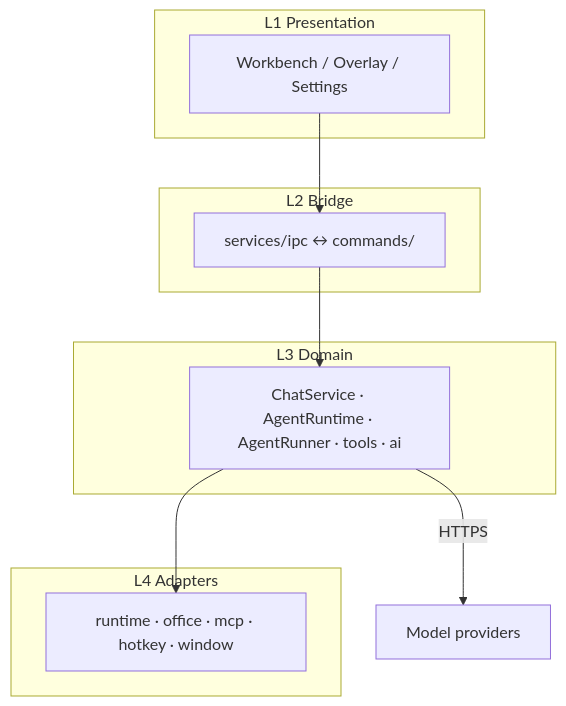
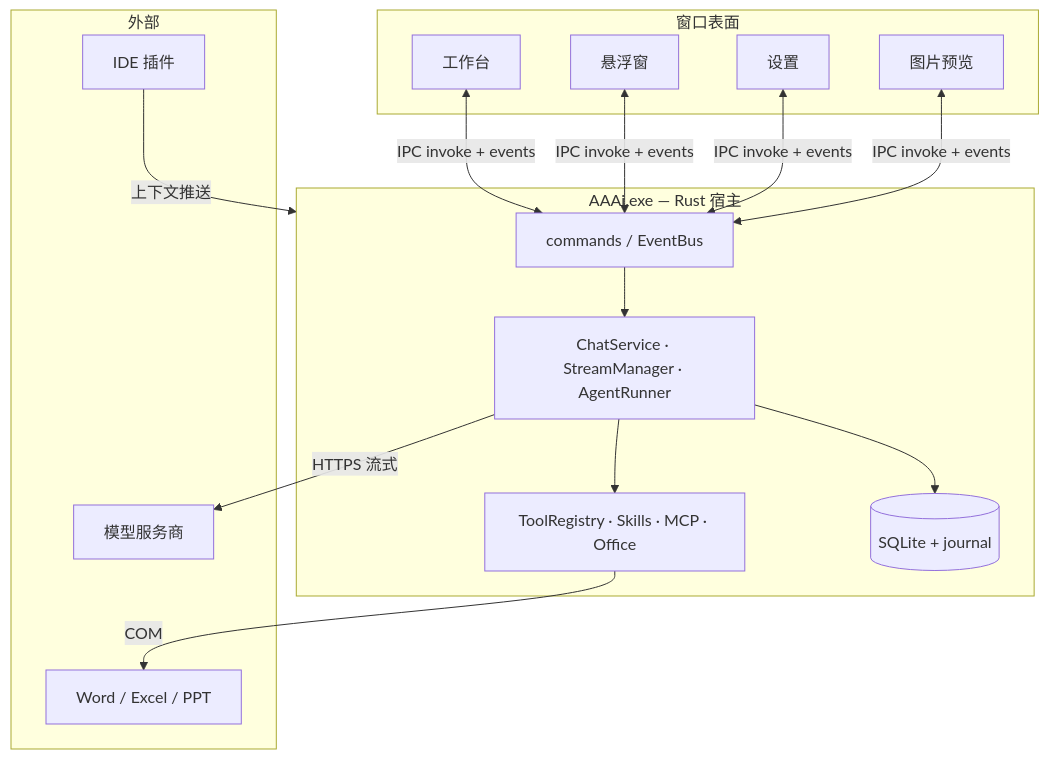
One commit to rururunu/AAAi changed the diagram in README.zh-CN.md. Above: the diagram before and after it, drawn with Mermaid. The commit also changed other lines of this file and 98 other files, not shown here.

Commit message:
feat: 应用内远程更新、工具活动折叠展示与投标/docx 技能扩展 - 集成 Tauri Updater：工作台更新按钮、关于页检测/安装、GitHub Releases 配置 - 新增发版文档与 generate-latest-json / rename-msi 脚本，支持手动与 CI 发布 - 工具活动 UI：单行无展开按钮，多步折叠为摘要列表 - 扩展 bid_tech、vendor docx/pandoc 技能与 Word Office 工具 - 新增架构文档、更新 README 与产品截图

````diff
--- a/README.zh-CN.md
+++ b/README.zh-CN.md
@@ -149,17 +182,30 @@
 ```mermaid
 flowchart TB
-  subgraph L1["L1 Presentation"]
-    UI["Workbench / Overlay / Settings"]
+  subgraph Surfaces["窗口表面"]
+    WB[工作台]
+    OV[悬浮窗]
+    ST[设置]
+    PV[图片预览]
   end
-  subgraph L2["L2 Bridge"]
-    IPC["services/ipc ↔ commands/"]
+
+  subgraph Host["AAAi.exe — Rust 宿主"]
+    CMD[commands / EventBus]
+    CHAT[ChatService · StreamManager · AgentRunner]
+    TOOLS[ToolRegistry · Skills · MCP · Office]
+    STORE[(SQLite + journal)]
   end
-  subgraph L3["L3 Domain"]
-    Core["ChatService · AgentRuntime · AgentRunner · tools · ai"]
+
+  subgraph External["外部"]
+    LLM[模型服务商]
+    IDE[IDE 插件]
+    OFFICE[Word / Excel / PPT]
   end
-  subgraph L4["L4 Adapters"]
-    Adapt["runtime · office · mcp · hotkey · window"]
-  end
-  UI --> IPC --> Core --> Adapt
-  Core -->|HTTPS| LLM[Model providers]
+
+  WB & OV & ST & PV <-->|IPC invoke + events| CMD
+  CMD --> CHAT
+  CHAT --> TOOLS
+  CHAT --> STORE
+  CHAT -->|HTTPS 流式| LLM
+  IDE -->|上下文推送| Host
+  TOOLS -->|COM| OFFICE
 ```
````
